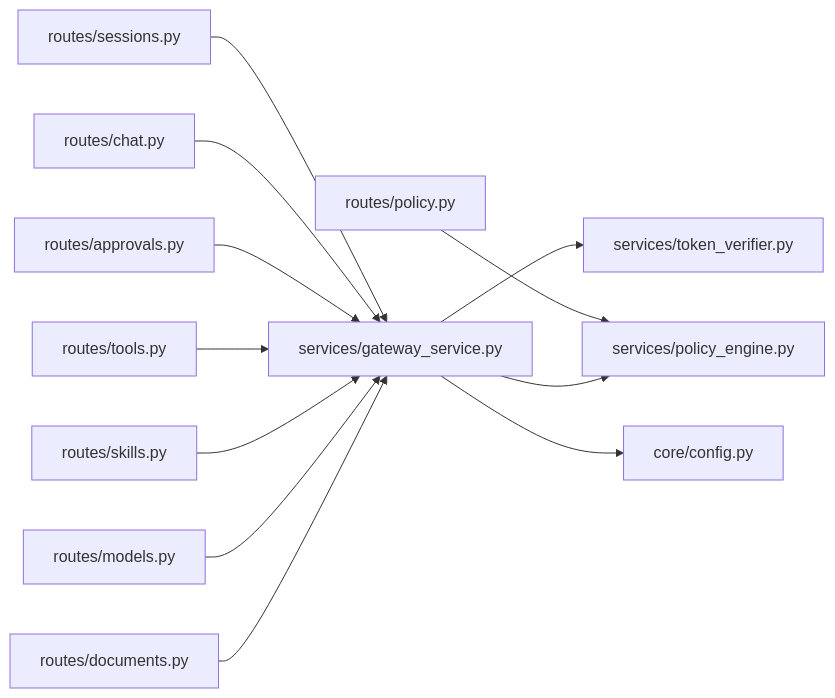
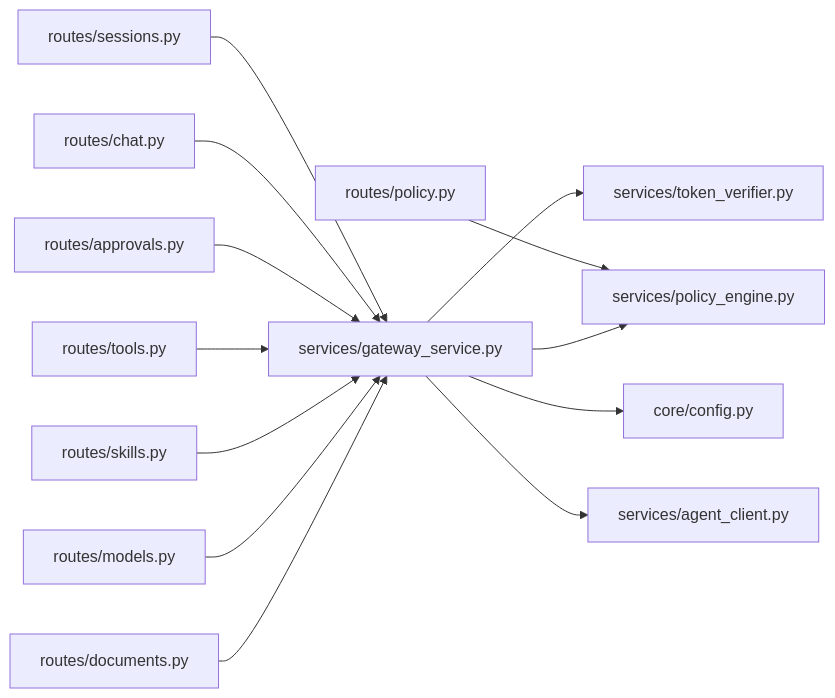
One commit to metasync/luban-aiops changed the third of 3 diagrams in .qoder/repowiki/en/content/API Reference/Platform Gateway API/Platform Gateway API.md. Above: the diagram before and after it, drawn with Mermaid. The commit also changed other lines of this file and 15 other files, not shown here.

````diff
--- a/.qoder/repowiki/en/content/API Reference/Platform Gateway API/Platform Gateway API.md
+++ b/.qoder/repowiki/en/content/API Reference/Platform Gateway API/Platform Gateway API.md
@@ -325,14 +376,15 @@
 ```mermaid
 graph LR
 R_Sessions["routes/sessions.py"] --> GS["services/gateway_service.py"]
 R_Chat["routes/chat.py"] --> GS
 R_Approvals["routes/approvals.py"] --> GS
 R_Policy["routes/policy.py"] --> PE["services/policy_engine.py"]
 R_Tools["routes/tools.py"] --> GS
 R_Skills["routes/skills.py"] --> GS
 R_Models["routes/models.py"] --> GS
 R_Documents["routes/documents.py"] --> GS
 GS --> TV["services/token_verifier.py"]
 GS --> PE
 GS --> CFG["core/config.py"]
+GS --> AC["services/agent_client.py"]
 ```
````
